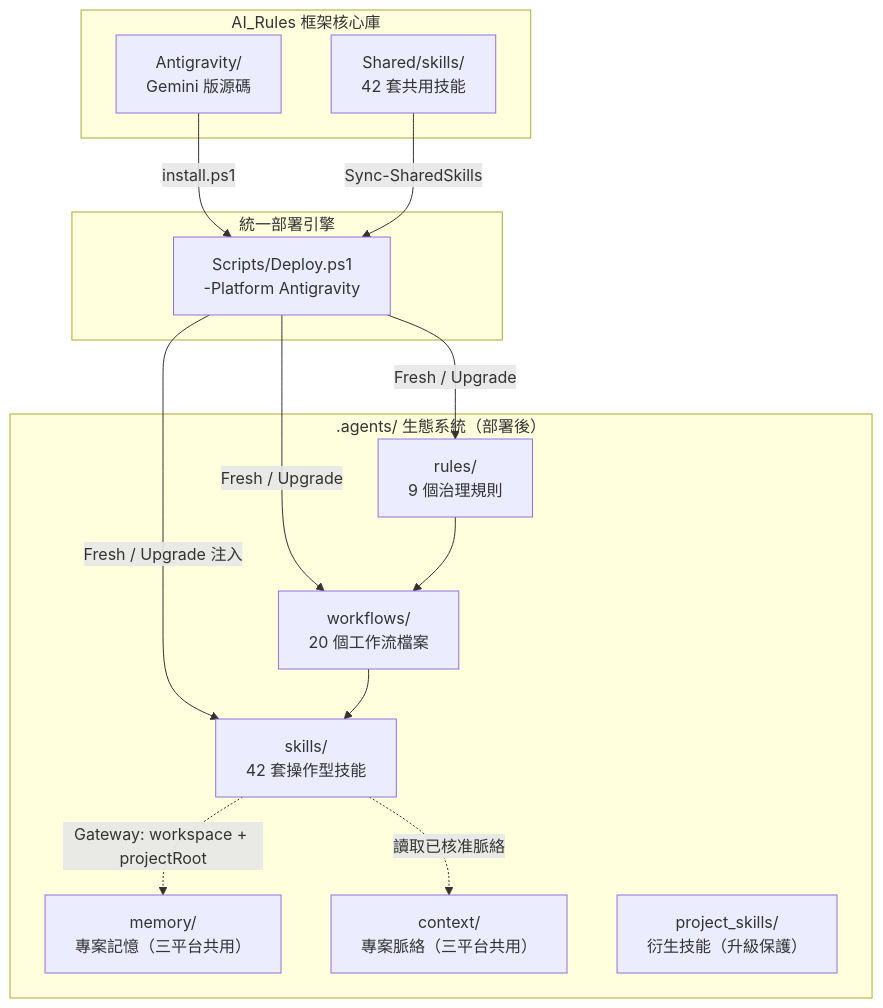
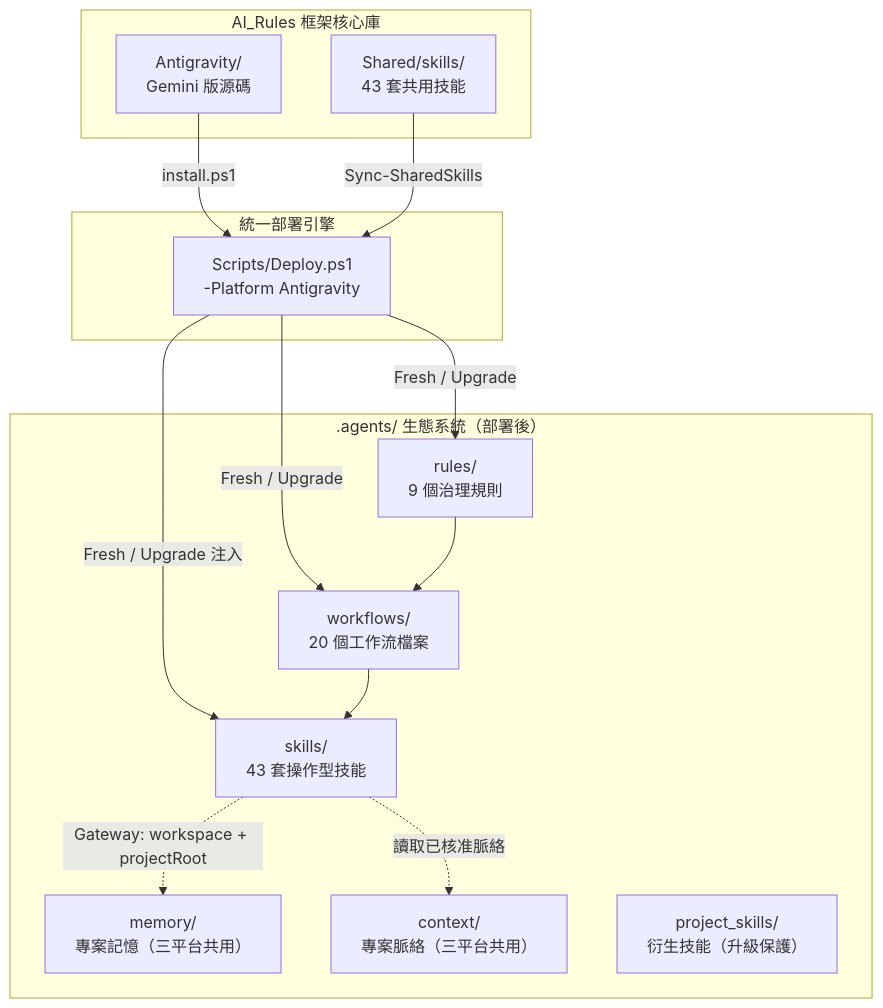
One commit to Kunshao1117/AI_Rules changed the first of 3 diagrams in Antigravity/README.md. Above: the diagram before and after it, drawn with Mermaid. The commit also changed other lines of this file and 78 other files, not shown here.

````diff
--- a/Antigravity/README.md
+++ b/Antigravity/README.md
@@ -82,30 +82,30 @@
 ```mermaid
 graph TB
     subgraph "AI_Rules 框架核心庫"
         SRC["Antigravity/<br/>Gemini 版源碼"]
-        SH["Shared/skills/<br/>42 套共用技能"]
+        SH["Shared/skills/<br/>43 套共用技能"]
     end
 
     subgraph "統一部署引擎"
         DEPLOY["Scripts/Deploy.ps1<br/>-Platform Antigravity"]
     end
 
     subgraph ".agents/ 生態系統（部署後）"
         RULES["rules/<br/>9 個治理規則"]
         WF["workflows/<br/>20 個工作流檔案"]
-        SKILLS["skills/<br/>42 套操作型技能"]
+        SKILLS["skills/<br/>43 套操作型技能"]
         MEM["memory/<br/>專案記憶（三平台共用）"]
         CTX["context/<br/>專案脈絡（三平台共用）"]
         PROJ["project_skills/<br/>衍生技能（升級保護）"]
     end
 
     SRC -->|"install.ps1"| DEPLOY
     SH -->|"Sync-SharedSkills"| DEPLOY
     DEPLOY -->|"Fresh / Upgrade"| RULES
     DEPLOY -->|"Fresh / Upgrade"| WF
     DEPLOY -->|"Fresh / Upgrade 注入"| SKILLS
     RULES --> WF
     WF --> SKILLS
     SKILLS -.->|"Gateway: workspace + projectRoot"| MEM
     SKILLS -.->|"讀取已核准脈絡"| CTX
 ```
````
